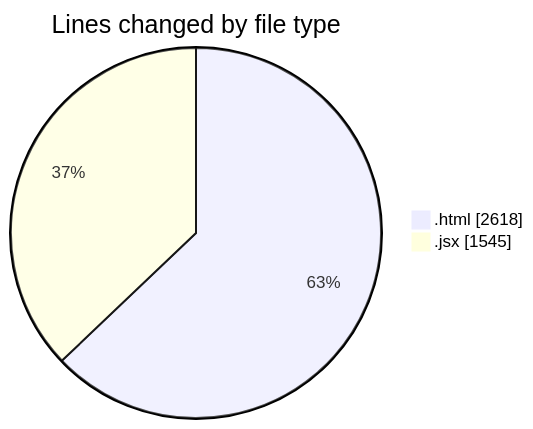
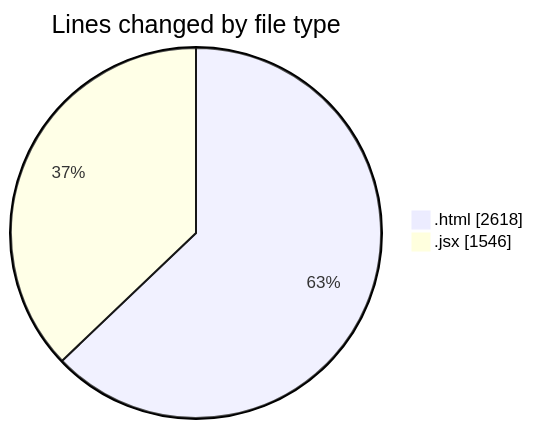
One commit to nxtqubesakshisongat/code-tracking changed the first of 2 diagrams in 2025-08-08/nxtqube_webapp/README.md. Above: the diagram before and after it, drawn with Mermaid. The commit also changed other lines of this file and 1 other file, not shown here.

````diff
--- a/2025-08-08/nxtqube_webapp/README.md
+++ b/2025-08-08/nxtqube_webapp/README.md
@@ -22,6 +22,6 @@
 ```mermaid
 pie showData
 title Lines changed by file type
 ".html" : 2618
-".jsx" : 1545
+".jsx" : 1546
 ```
````
